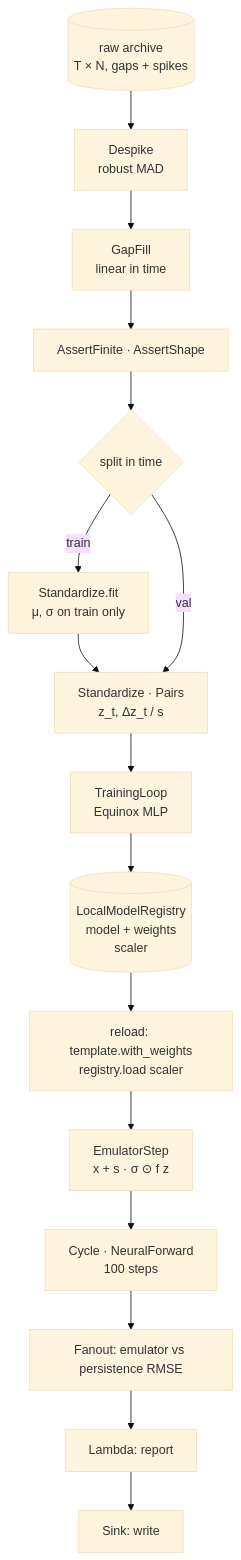
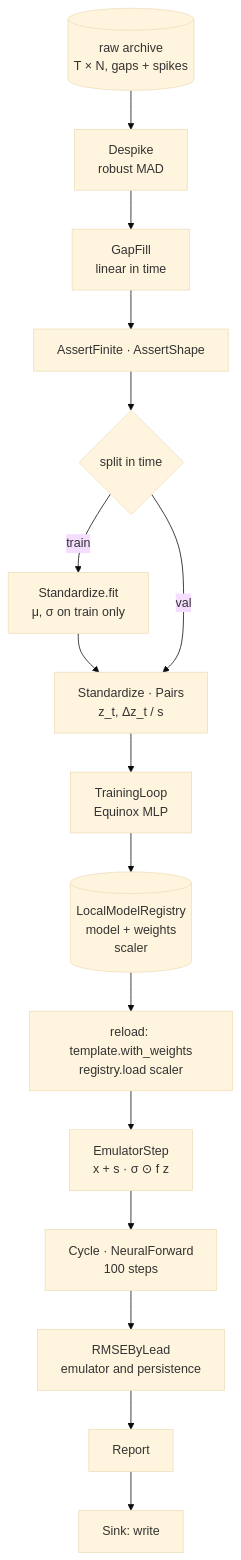
Before and after one commit to jejjohnson/pipekit: the diagram in docs/tutorials/train-register-forecast.md, drawn with Mermaid (base theme). The commit also changed other lines of this file and 5 other files, not shown here.

````diff
--- a/docs/tutorials/train-register-forecast.md
+++ b/docs/tutorials/train-register-forecast.md
@@ -21,17 +21,17 @@
 ```mermaid
 flowchart TD
     A[(raw archive<br/>T × N, gaps + spikes)] --> D[Despike<br/>robust MAD]
     D --> G[GapFill<br/>linear in time]
     G --> Q[AssertFinite · AssertShape]
     Q --> S{split in time}
     S -->|train| FIT[Standardize.fit<br/>μ, σ on train only]
     FIT --> P[Standardize · Pairs<br/>z_t, Δz_t / s]
     S -->|val| P
     P --> TL[TrainingLoop<br/>Equinox MLP]
     TL --> REG[(LocalModelRegistry<br/>model + weights<br/>scaler)]
     REG --> RL[reload: template.with_weights<br/>registry.load scaler]
     RL --> ES[EmulatorStep<br/>x + s · σ ⊙ f z]
     ES --> CY[Cycle · NeuralForward<br/>100 steps]
-    CY --> V[Fanout: emulator vs persistence RMSE]
-    V --> R[Lambda: report] --> SK[Sink: write]
+    CY --> V[RMSEByLead<br/>emulator and persistence]
+    V --> R[Report] --> SK[Sink: write]
 ```
````
